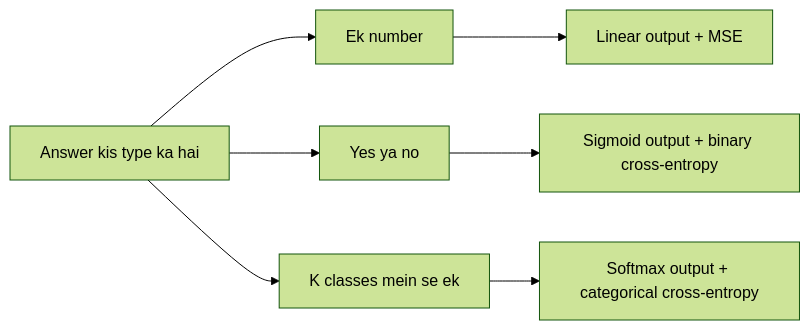
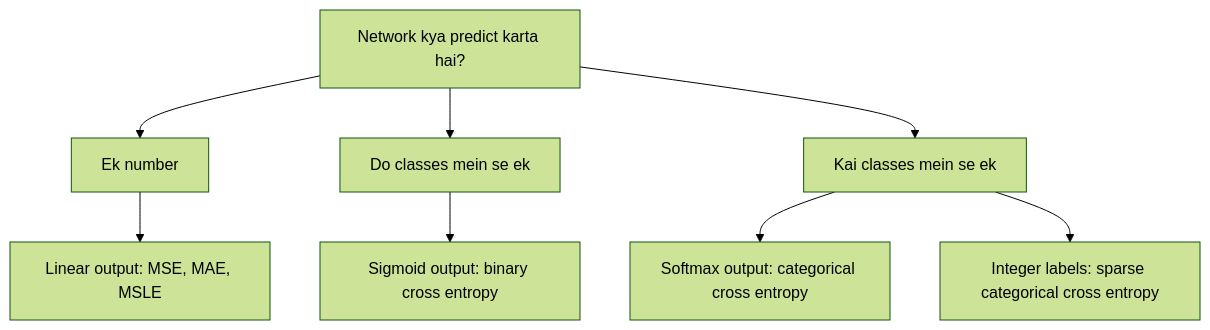
The third of 4 diagrams in content/deep-learning/notes/loss-functions.hi.mdx (TrendySloth1001/sem-seven-notes), drawn with Mermaid (forest theme) before and after one commit. The commit also changed other lines of this file and 168 other files, not shown here.

````diff
--- a/content/deep-learning/notes/loss-functions.hi.mdx
+++ b/content/deep-learning/notes/loss-functions.hi.mdx
@@ -354,10 +441,11 @@
 ```mermaid
-%% caption: Output aur loss ko ek pair ki tarah choose karna. Har output layer ka ek matching loss hai.
-flowchart LR
-  A["Answer kis type ka hai"] --> B["Ek number"]
-  A --> C["Yes ya no"]
-  A --> D["K classes mein se ek"]
-  B --> B1["Linear output + MSE"]
-  C --> C1["Sigmoid output + binary cross-entropy"]
-  D --> D1["Softmax output + categorical cross-entropy"]
+%% caption: Problem ke type se loss function kaise chunein.
+flowchart TD
+  A["Network kya predict karta hai?"] --> B["Ek number"]
+  A --> C["Do classes mein se ek"]
+  A --> D["Kai classes mein se ek"]
+  B --> B1["Linear output: MSE, MAE, MSLE"]
+  C --> C1["Sigmoid output: binary cross entropy"]
+  D --> D1["Softmax output: categorical cross entropy"]
+  D --> D2["Integer labels: sparse categorical cross entropy"]
 ```
````
